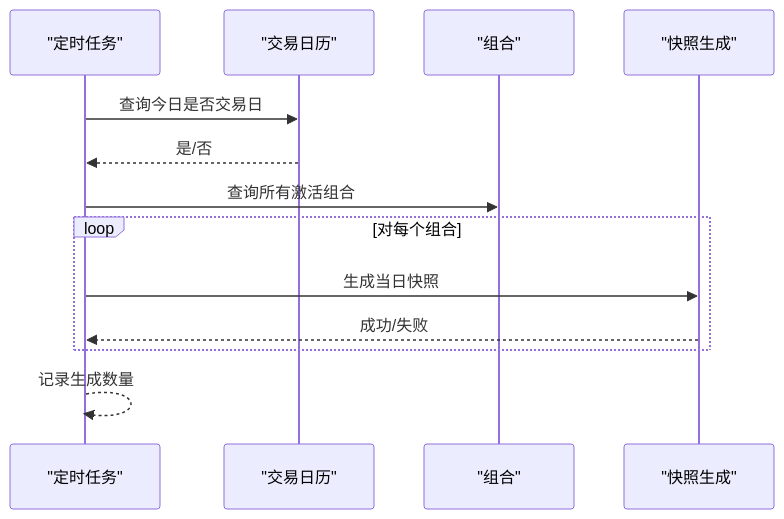
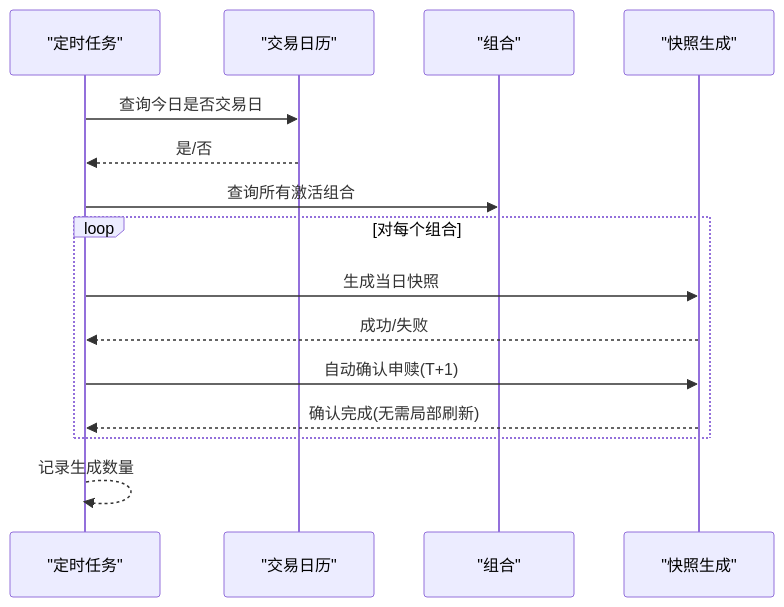
One commit to gujialind/InvestRing changed the eighth of 9 diagrams in .qoder/repowiki/zh/content/任务调度系统/业务任务/快照生成任务.md. Above: the diagram before and after it, drawn with Mermaid. The commit also changed other lines of this file and 42 other files, not shown here.

````diff
--- a/.qoder/repowiki/zh/content/任务调度系统/业务任务/快照生成任务.md
+++ b/.qoder/repowiki/zh/content/任务调度系统/业务任务/快照生成任务.md
@@ -299,15 +310,17 @@
 ```mermaid
 sequenceDiagram
 participant Task as "定时任务"
 participant Cal as "交易日历"
 participant Port as "组合"
 participant Gen as "快照生成"
 Task->>Cal : 查询今日是否交易日
 Cal-->>Task : 是/否
 Task->>Port : 查询所有激活组合
 loop 对每个组合
 Task->>Gen : 生成当日快照
 Gen-->>Task : 成功/失败
+Task->>Gen : 自动确认申赎(T+1)
+Gen-->>Task : 确认完成(无需局部刷新)
 end
 Task-->>Task : 记录生成数量
 ```
````
